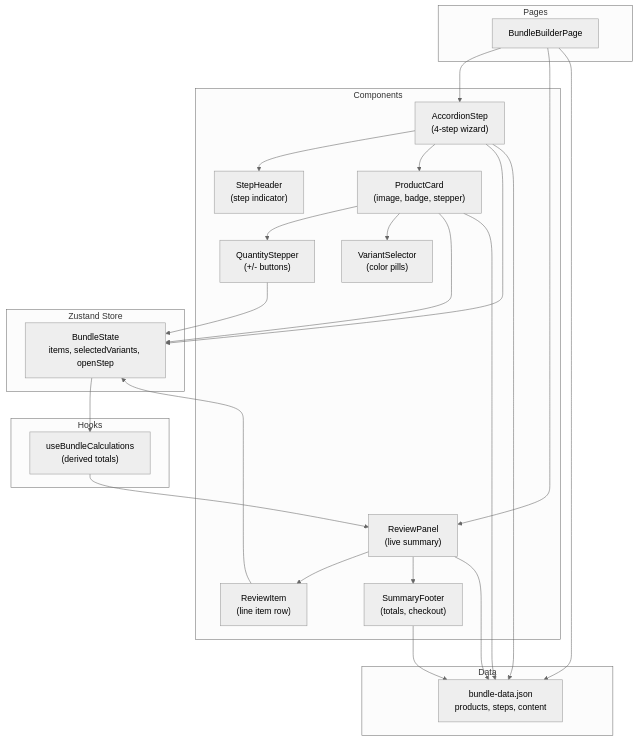
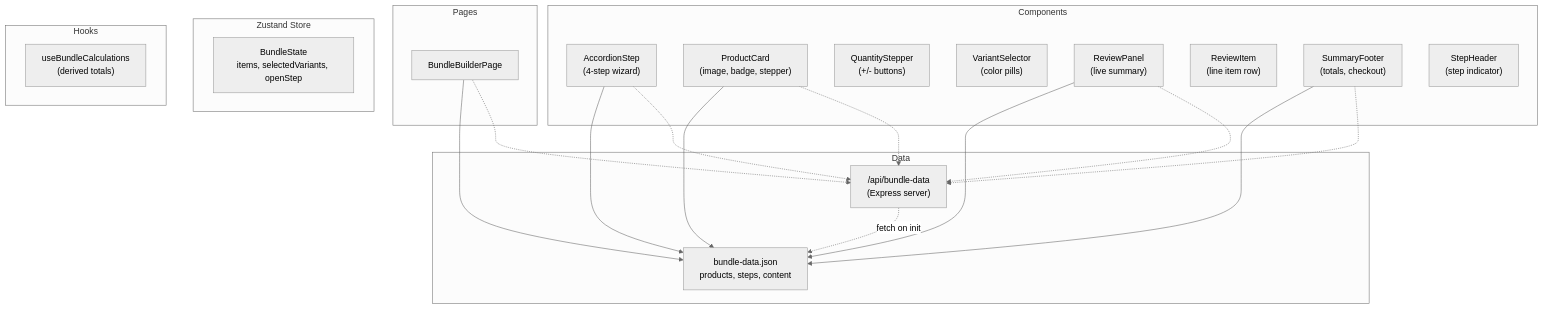
Before and after one commit to sarahibrahim0/sarah-ibrahim-bundle-builder-: the diagram in README.md, drawn with Mermaid (neutral theme). The commit also changed other lines of this file and 13 other files, not shown here.

Commit message:
add express api server bonus

````diff
--- a/README.md
+++ b/README.md
@@ -5,38 +5,34 @@
 ```mermaid
 graph TB
     subgraph Pages
         BBP["BundleBuilderPage"]
     end
 
     subgraph Components
         ACC["AccordionStep<br/>(4-step wizard)"]
         PC["ProductCard<br/>(image, badge, stepper)"]
         QS["QuantityStepper<br/>(+/- buttons)"]
         VS["VariantSelector<br/>(color pills)"]
         RP["ReviewPanel<br/>(live summary)"]
         RI["ReviewItem<br/>(line item row)"]
         SF["SummaryFooter<br/>(totals, checkout)"]
         SH["StepHeader<br/>(step indicator)"]
     end
 
     subgraph State["Zustand Store"]
         STORE["BundleState<br/>items, selectedVariants, openStep"]
     end
 
     subgraph Hooks
         CALC["useBundleCalculations<br/>(derived totals)"]
     end
 
     subgraph Data
         JSON["bundle-data.json<br/>products, steps, content"]
+        API["/api/bundle-data<br/>(Express server)"]
     end
 
-    BBP --> ACC & RP
-    ACC --> SH & PC
-    PC --> QS & VS
-    RP --> RI & SF
-    ACC & PC & QS & RI --> STORE
-    STORE --> CALC
-    CALC --> RP
+    API -.->|fetch on init| JSON
     BBP & ACC & RP & PC & SF --> JSON
+    BBP & ACC & RP & PC & SF -.-> API
 ```
````
